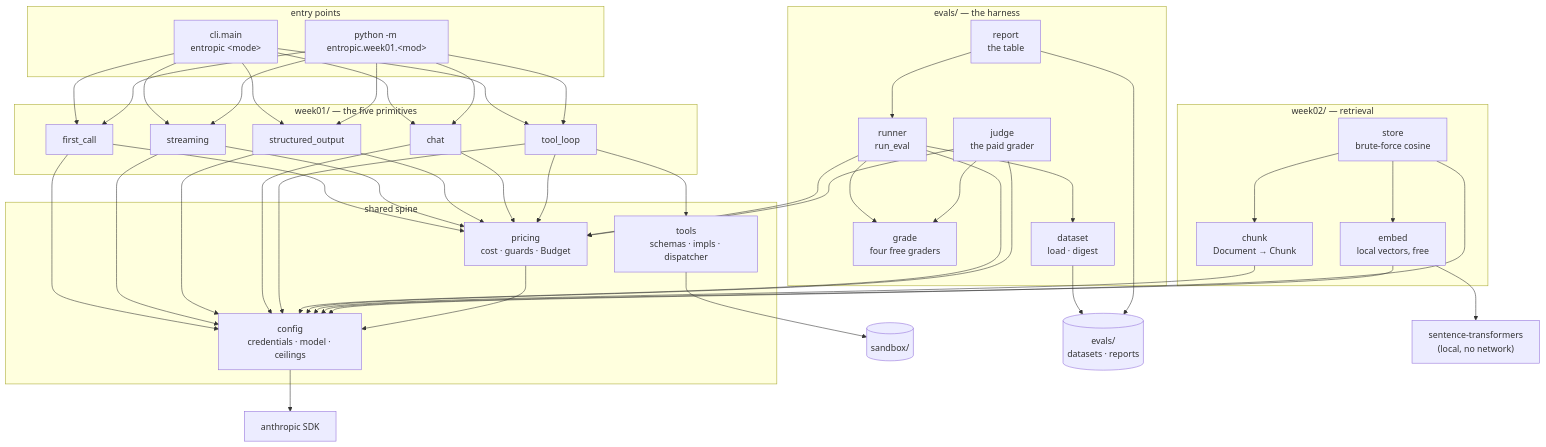
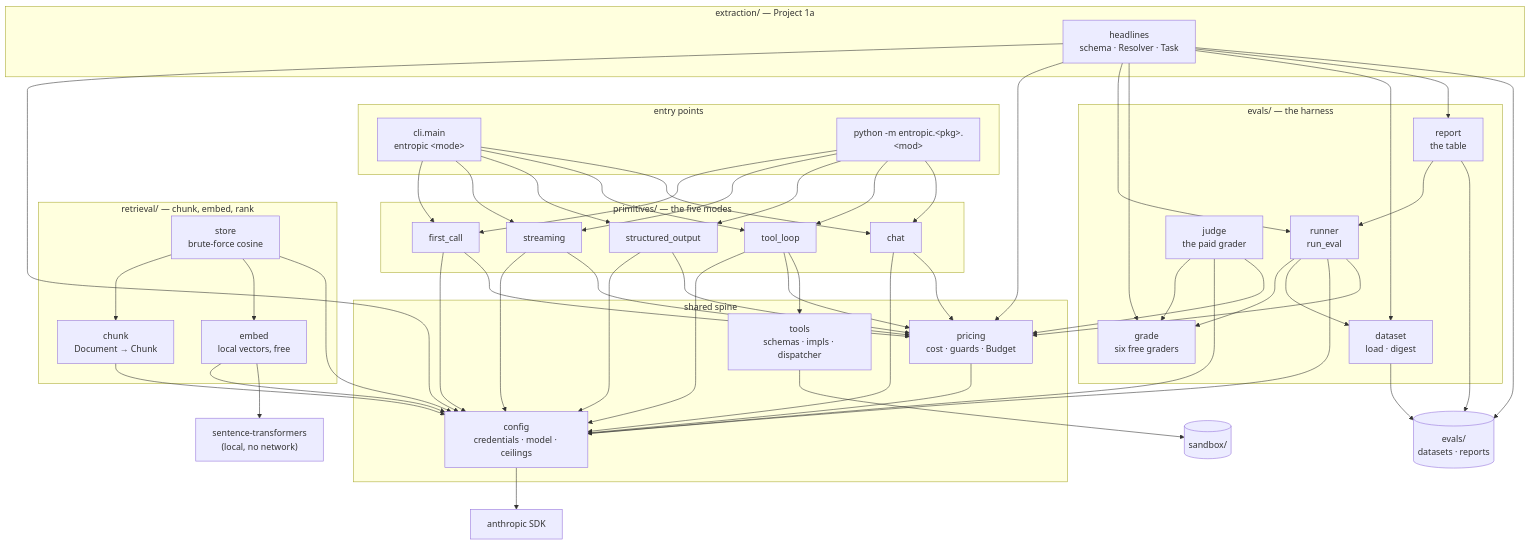
One commit to vedantdeo/aigent changed the diagram in docs/knowledge-graph.md. Above: the diagram before and after it, drawn with Mermaid. The commit also changed other lines of this file and 35 other files, not shown here.

````diff
--- a/docs/knowledge-graph.md
+++ b/docs/knowledge-graph.md
@@ -24,56 +29,63 @@
 ```mermaid
 graph TD
     subgraph entry["entry points"]
         CLI["cli.main<br/>entropic &lt;mode&gt;"]
-        DUNDER["python -m entropic.week01.&lt;mod&gt;"]
+        DUNDER["python -m entropic.&lt;pkg&gt;.&lt;mod&gt;"]
     end
 
-    subgraph week01["week01/ — the five primitives"]
+    subgraph primitives["primitives/ — the five modes"]
         FC["first_call"]
         ST["streaming"]
         SO["structured_output"]
         TL["tool_loop"]
         CH["chat"]
     end
 
-    subgraph week02["week02/ — retrieval"]
+    subgraph retrieval["retrieval/ — chunk, embed, rank"]
         CHK["chunk<br/>Document → Chunk"]
         EMB["embed<br/>local vectors, free"]
         STR["store<br/>brute-force cosine"]
     end
 
+    subgraph extraction["extraction/ — Project 1a"]
+        HL["headlines<br/>schema · Resolver · Task"]
+    end
+
     subgraph evals["evals/ — the harness"]
         RUN["runner<br/>run_eval"]
-        GRD["grade<br/>four free graders"]
+        GRD["grade<br/>six free graders"]
         JDG["judge<br/>the paid grader"]
         DAT["dataset<br/>load · digest"]
         REP["report<br/>the table"]
     end
 
     subgraph shared["shared spine"]
         CFG["config<br/>credentials · model · ceilings"]
         PRC["pricing<br/>cost · guards · Budget"]
         TOOLS["tools<br/>schemas · impls · dispatcher"]
     end
 
     SDK["anthropic SDK"]
     BOX[("sandbox/")]
     DISK[("evals/<br/>datasets · reports")]
 
     CLI --> FC & ST & SO & TL & CH
     DUNDER --> FC & ST & SO & TL & CH
     FC & ST & SO & CH --> CFG & PRC
     TL --> CFG & PRC
     TL --> TOOLS
     RUN --> GRD & DAT & CFG & PRC
     JDG --> GRD & CFG & PRC
     CHK --> CFG
     EMB --> CFG
     STR --> CHK & EMB & CFG
     EMB --> ST2["sentence-transformers<br/>(local, no network)"]
     REP --> RUN
+    HL --> CFG & PRC
+    HL --> RUN & GRD & DAT & REP
+    HL --> DISK
     DAT & REP --> DISK
     PRC --> CFG
     CFG --> SDK
     TOOLS --> BOX
 ```
````
